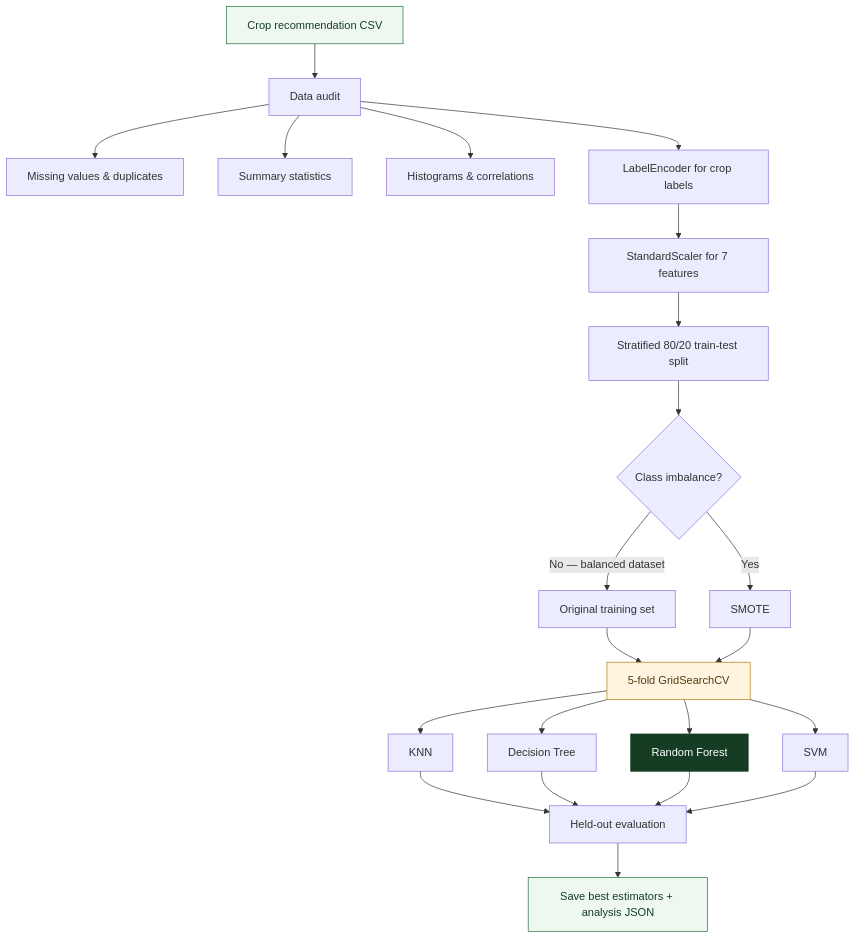
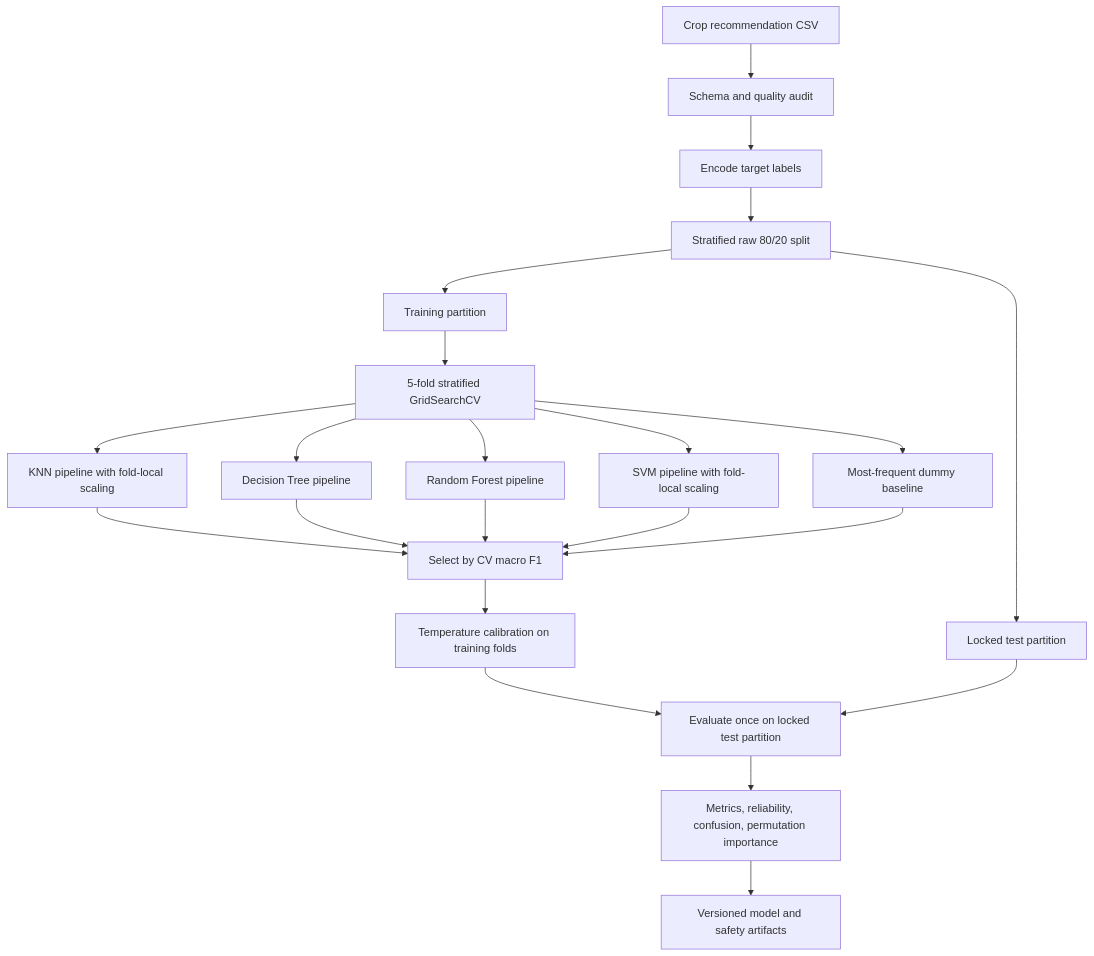
One commit to SaiGrover/Kshetra-sense changed the second of 2 diagrams in README.md. Above: the diagram before and after it, drawn with Mermaid. The commit also changed other lines of this file and 24 other files, not shown here.

````diff
--- a/README.md
+++ b/README.md
@@ -121,29 +53,24 @@
 ```mermaid
 flowchart TD
-    A["Crop recommendation CSV"] --> B["Data audit"]
-    B --> B1["Missing values & duplicates"]
-    B --> B2["Summary statistics"]
-    B --> B3["Histograms & correlations"]
-    B --> C["LabelEncoder for crop labels"]
-    C --> D["StandardScaler for 7 features"]
-    D --> E["Stratified 80/20 train-test split"]
-    E --> F{"Class imbalance?"}
-    F -->|"No — balanced dataset"| G["Original training set"]
-    F -->|"Yes"| H["SMOTE"]
-    G --> I["5-fold GridSearchCV"]
-    H --> I
-    I --> J1["KNN"]
-    I --> J2["Decision Tree"]
-    I --> J3["Random Forest"]
-    I --> J4["SVM"]
-    J1 --> K["Held-out evaluation"]
-    J2 --> K
-    J3 --> K
-    J4 --> K
-    K --> L["Save best estimators + analysis JSON"]
-
-    style A fill:#eef8f0,stroke:#23733e,color:#163d24
-    style I fill:#fff5df,stroke:#b27a12,color:#513b13
-    style J3 fill:#163d24,stroke:#163d24,color:#ffffff
-    style L fill:#eef8f0,stroke:#23733e,color:#163d24
+    A["Crop recommendation CSV"] --> B["Schema and quality audit"]
+    B --> C["Encode target labels"]
+    C --> D["Stratified raw 80/20 split"]
+    D --> E["Locked test partition"]
+    D --> F["Training partition"]
+    F --> G["5-fold stratified GridSearchCV"]
+    G --> G1["KNN pipeline with fold-local scaling"]
+    G --> G2["Decision Tree pipeline"]
+    G --> G3["Random Forest pipeline"]
+    G --> G4["SVM pipeline with fold-local scaling"]
+    G --> G5["Most-frequent dummy baseline"]
+    G1 --> H["Select by CV macro F1"]
+    G2 --> H
+    G3 --> H
+    G4 --> H
+    G5 --> H
+    H --> I["Temperature calibration on training folds"]
+    I --> J["Evaluate once on locked test partition"]
+    E --> J
+    J --> K["Metrics, reliability, confusion, permutation importance"]
+    K --> L["Versioned model and safety artifacts"]
 ```
````
